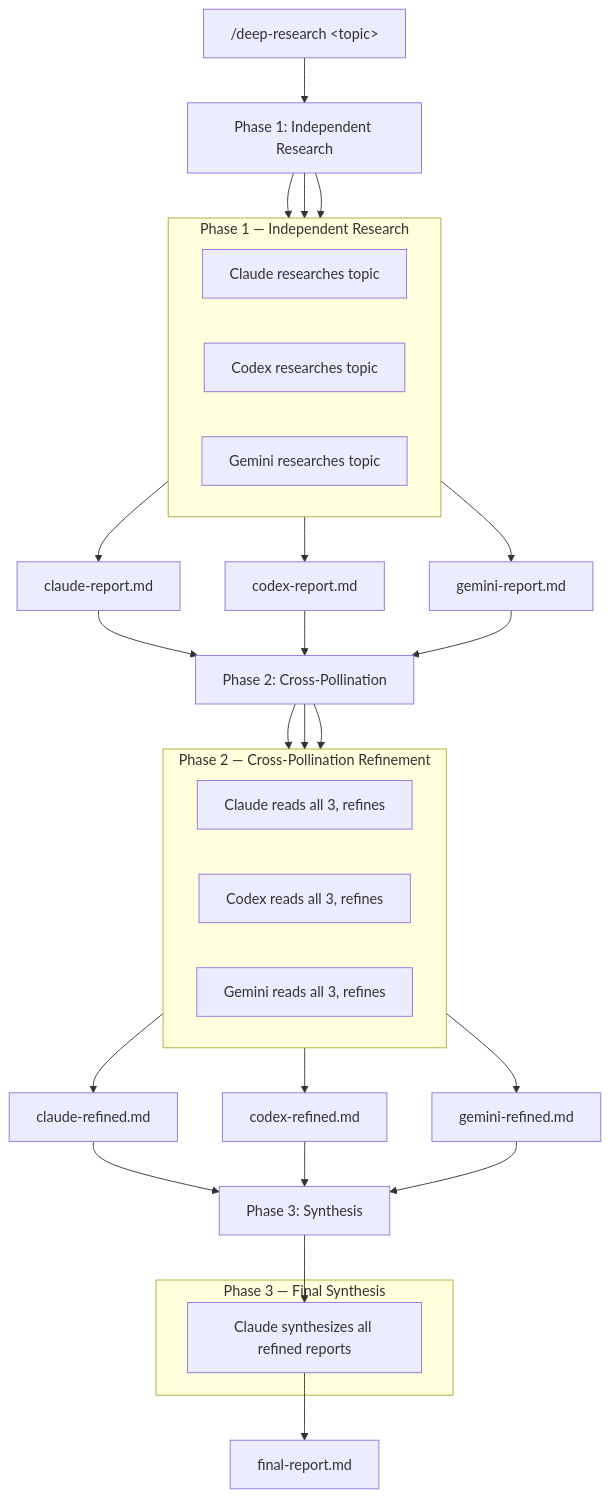
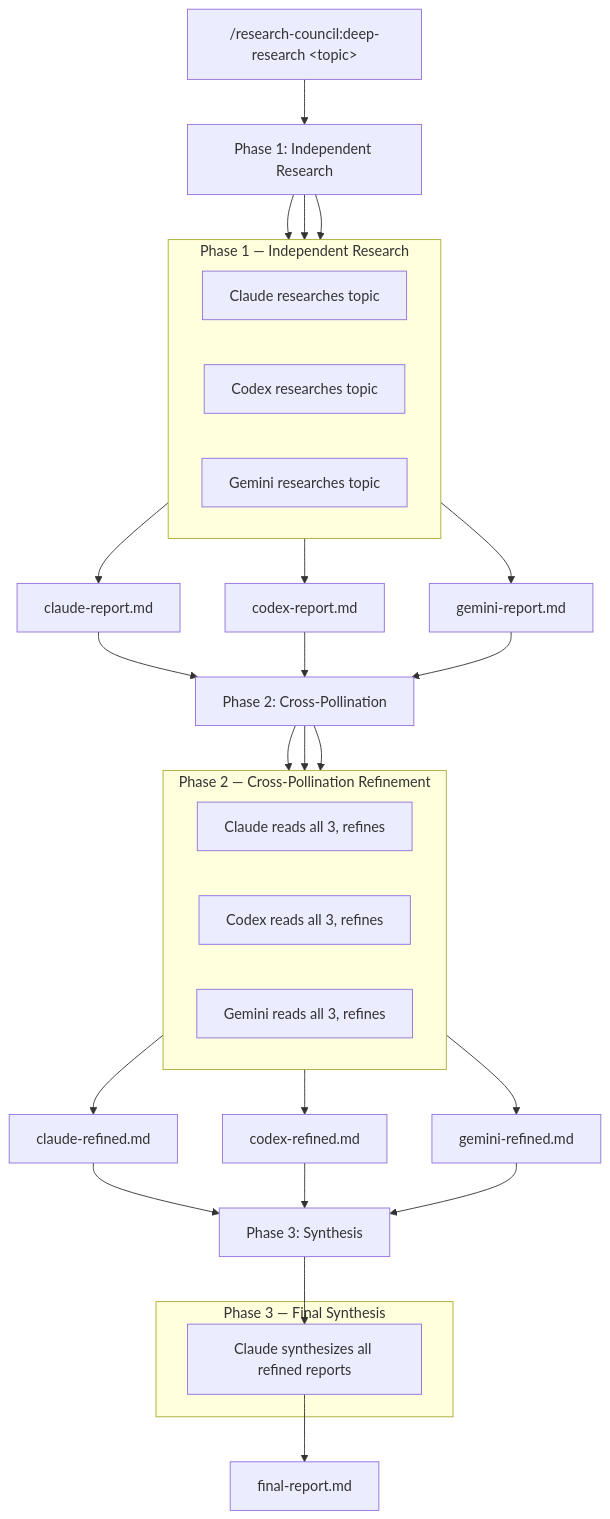
The diagram in README.md (hamelsmu/research-council), drawn with Mermaid before and after one commit. The commit also changed other lines of this file, not shown here.

````diff
--- a/README.md
+++ b/README.md
@@ -23,39 +25,39 @@
 ```mermaid
 flowchart TD
-    A["/deep-research &lt;topic&gt;"] --> B["Phase 1: Independent Research"]
+    A["/research-council:deep-research &lt;topic&gt;"] --> B["Phase 1: Independent Research"]
 
     subgraph Phase1["Phase 1 — Independent Research"]
         direction LR
         C1["Claude researches topic"]
         C2["Codex researches topic"]
         C3["Gemini researches topic"]
     end
 
     B --> C1 & C2 & C3
     C1 --> R1["claude-report.md"]
     C2 --> R2["codex-report.md"]
     C3 --> R3["gemini-report.md"]
 
     R1 & R2 & R3 --> D["Phase 2: Cross-Pollination"]
 
     subgraph Phase2["Phase 2 — Cross-Pollination Refinement"]
         direction LR
         D1["Claude reads all 3, refines"]
         D2["Codex reads all 3, refines"]
         D3["Gemini reads all 3, refines"]
     end
 
     D --> D1 & D2 & D3
     D1 --> E1["claude-refined.md"]
     D2 --> E2["codex-refined.md"]
     D3 --> E3["gemini-refined.md"]
 
     E1 & E2 & E3 --> F["Phase 3: Synthesis"]
 
     subgraph Phase3["Phase 3 — Final Synthesis"]
         F1["Claude synthesizes all refined reports"]
     end
 
     F --> F1
     F1 --> G["final-report.md"]
 ```
````
